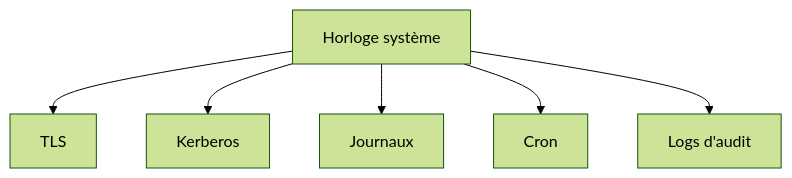
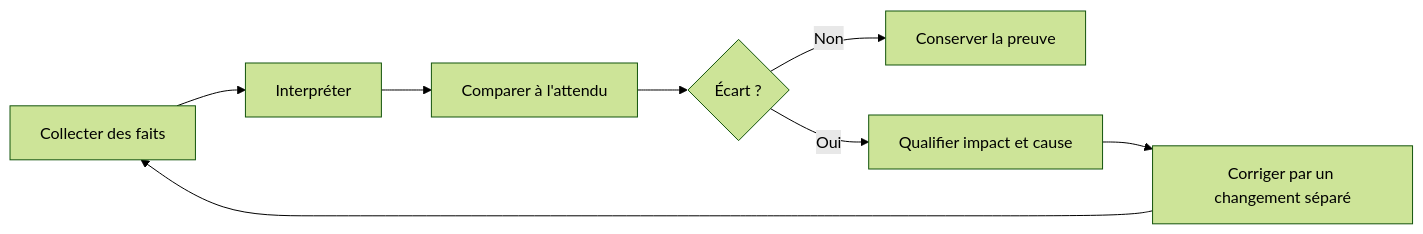
One commit to tdelaclos/formations changed the first of 2 diagrams in campagne 1/1.4-premier-demarrage-verifications.md. Above: the diagram before and after it, drawn with Mermaid (forest theme). The commit also changed other lines of this file and 10 other files, not shown here.

````diff
--- a/campagne 1/1.4-premier-demarrage-verifications.md
+++ b/campagne 1/1.4-premier-demarrage-verifications.md
@@ -195,15 +46,10 @@
 ```mermaid
-flowchart TD
-
-A["Horloge système"]
-
-A --> B["TLS"]
-
-A --> C["Kerberos"]
-
-A --> D["Journaux"]
-
-A --> E["Cron"]
-
-A --> F["Logs d'audit"]
+flowchart LR
+    Collect["Collecter des faits"] --> Interpret["Interpréter"]
+    Interpret --> Compare["Comparer à l'attendu"]
+    Compare --> Decision{"Écart ?"}
+    Decision -->|Non| Record["Conserver la preuve"]
+    Decision -->|Oui| Qualify["Qualifier impact et cause"]
+    Qualify --> Change["Corriger par un changement séparé"]
+    Change --> Collect
 ```
````
